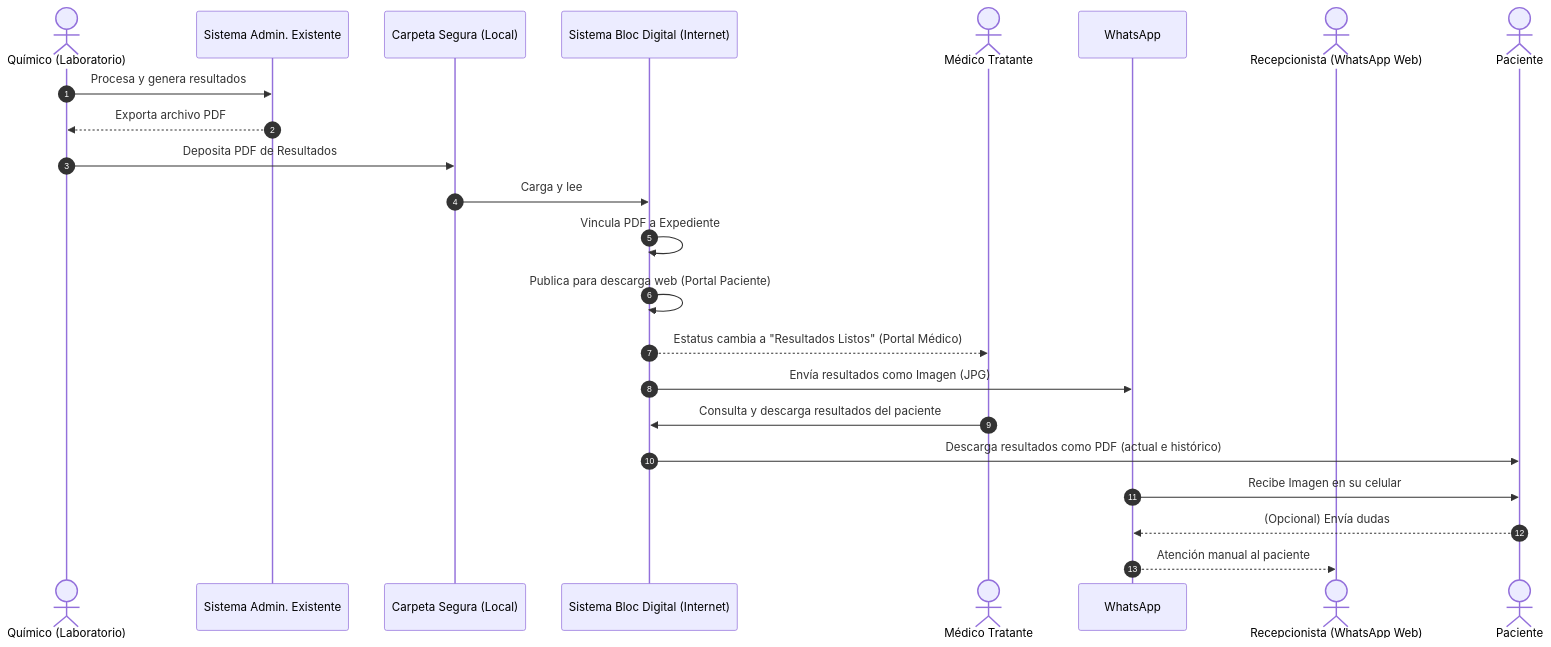
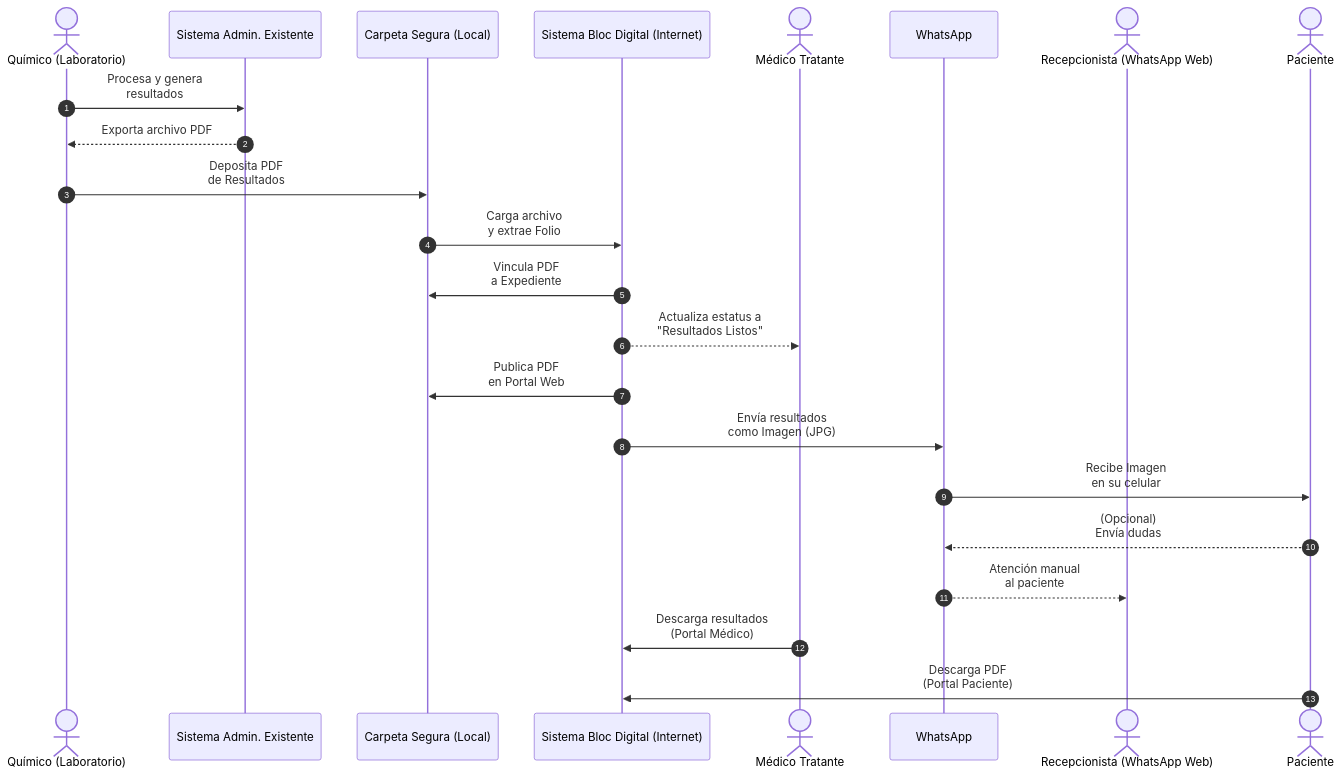
The diagram in portafolio-dev-2026/blocklabgd/contrato-laesh/v1.0/diagramas1.0/diag3.mmd (cbenavides/caelitandem_home), drawn with Mermaid before and after one commit. The commit also changed 15 other files, not shown here.

```diff
--- a/portafolio-dev-2026/blocklabgd/contrato-laesh/v1.0/diagramas1.0/diag3.mmd
+++ b/portafolio-dev-2026/blocklabgd/contrato-laesh/v1.0/diagramas1.0/diag3.mmd
@@ -1,24 +1,24 @@
 sequenceDiagram
     autonumber
     actor Quimico as Químico (Laboratorio)
     participant LIS as Sistema Admin. Existente
     participant Sync as Carpeta Segura (Local)
     participant Sistema as Sistema Bloc Digital (Internet)
     actor Medico as Médico Tratante
     participant WA as WhatsApp
     actor Recepcion as Recepcionista (WhatsApp Web)
     actor Paciente as Paciente
 
-    Quimico->>LIS: Procesa y genera resultados
+    Quimico->>LIS: Procesa y genera<br/>resultados
     LIS-->>Quimico: Exporta archivo PDF
-    Quimico->>Sync: Deposita PDF de Resultados
-    Sync->>Sistema: Carga y lee #Folio del archivo
-    Sistema->>Sistema: Vincula PDF a Expediente
-    Sistema->>Sistema: Publica para descarga web (Portal Paciente)
-    Sistema-->>Medico: Estatus cambia a "Resultados Listos" (Portal Médico)
-    Sistema->>WA: Envía resultados como Imagen (JPG)
-    Medico->>Sistema: Consulta y descarga resultados del paciente
-    Sistema->>Paciente: Descarga resultados como PDF (actual e histórico)
-    WA->>Paciente: Recibe Imagen en su celular
-    Paciente-->>WA: (Opcional) Envía dudas
-    WA-->>Recepcion: Atención manual al paciente
+    Quimico->>Sync: Deposita PDF<br/>de Resultados
+    Sync->>Sistema: Carga archivo<br/>y extrae Folio
+    Sistema->>Sync: Vincula PDF<br/>a Expediente
+    Sistema-->>Medico: Actualiza estatus a<br/>"Resultados Listos"
+    Sistema->>Sync: Publica PDF<br/>en Portal Web
+    Sistema->>WA: Envía resultados<br/>como Imagen (JPG)
+    WA->>Paciente: Recibe Imagen<br/>en su celular
+    Paciente-->>WA: (Opcional)<br/>Envía dudas
+    WA-->>Recepcion: Atención manual<br/>al paciente
+    Medico->>Sistema: Descarga resultados<br/>(Portal Médico)
+    Paciente->>Sistema: Descarga PDF<br/>(Portal Paciente)
```
